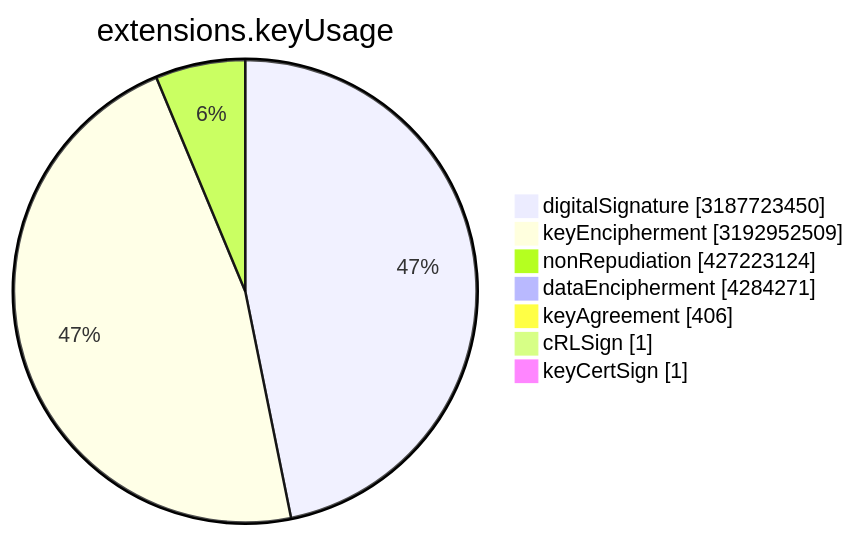
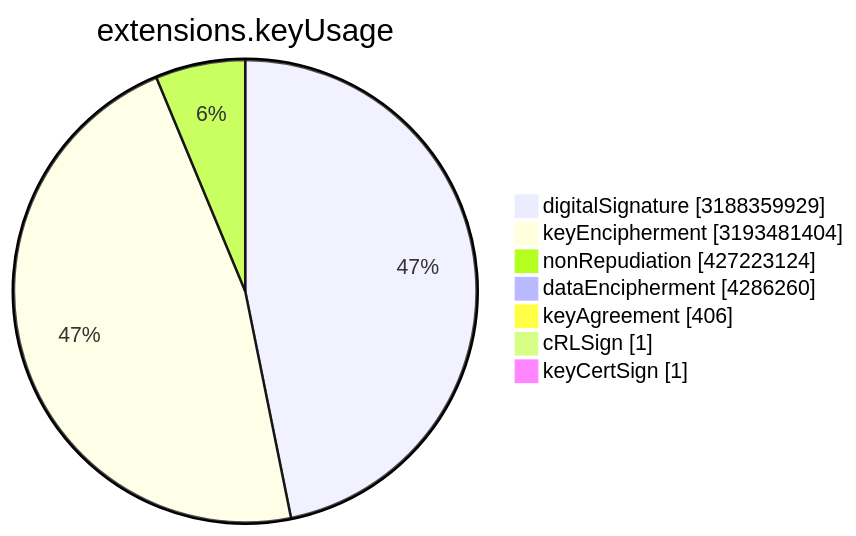
One commit to christiankrug/ctmonitor_visualization changed the sixth of 15 diagrams in TOTAL/README.md. Above: the diagram before and after it, drawn with Mermaid. The commit also changed other lines of this file, not shown here.

````diff
--- a/TOTAL/README.md
+++ b/TOTAL/README.md
@@ -3077,11 +3077,11 @@
 ```mermaid
 pie showData
 title extensions.keyUsage
-"digitalSignature" :3187723450
-"keyEncipherment" :3192952509
+"digitalSignature" :3188359929
+"keyEncipherment" :3193481404
 "nonRepudiation" :427223124
-"dataEncipherment" :4284271
+"dataEncipherment" :4286260
 "keyAgreement" :406
 "cRLSign" :1
 "keyCertSign" :1
 ```
````
